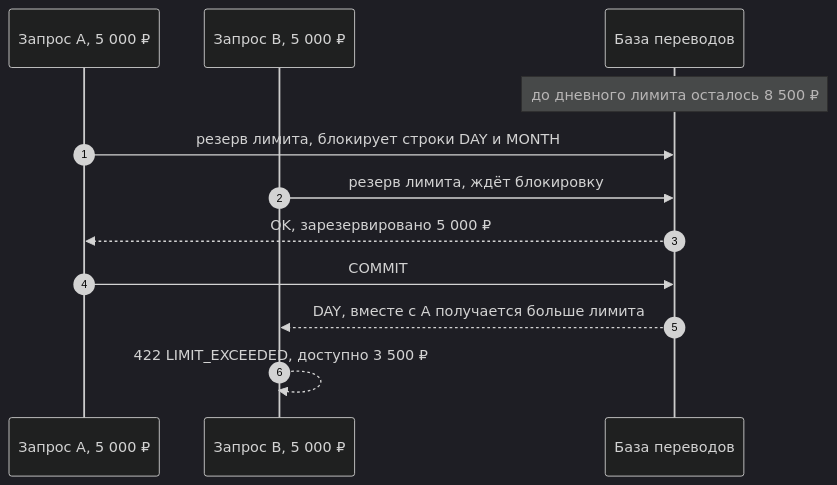
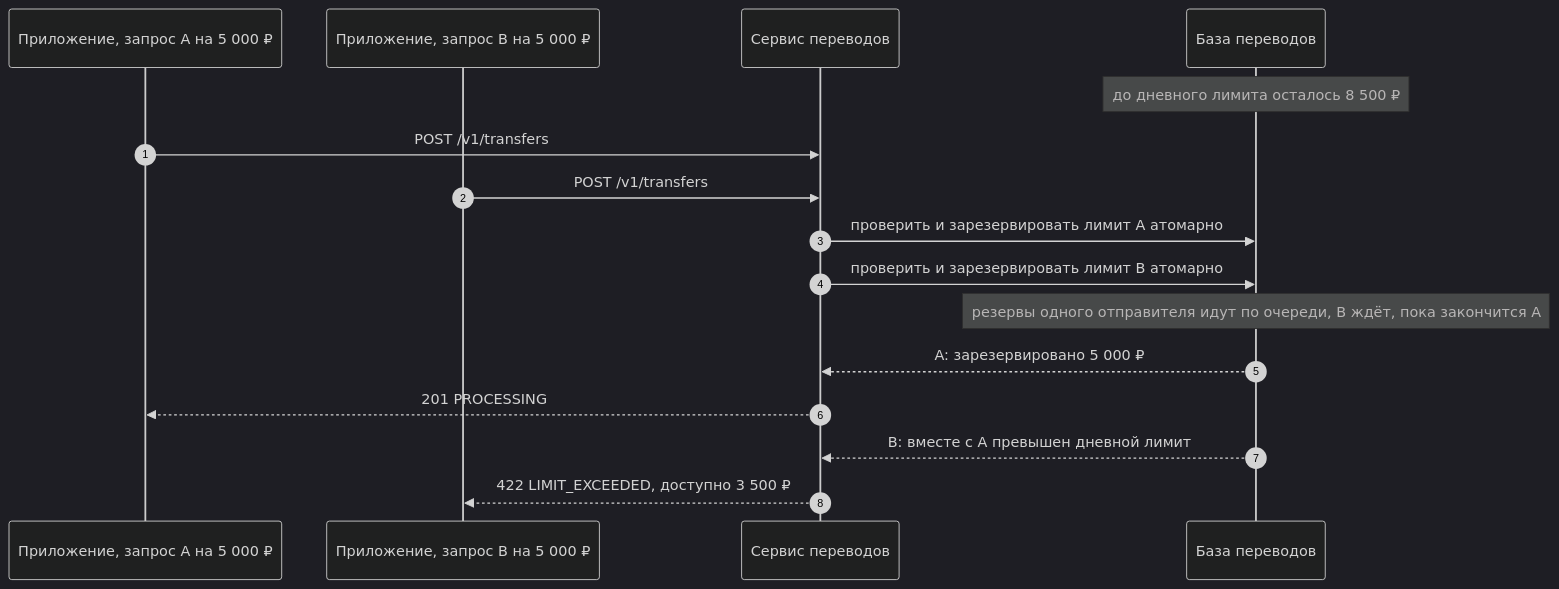
The third of 7 diagrams in docs/design/sequences.md (KORTEZZ12/phone-transfers), drawn with Mermaid (dark theme) before and after one commit. The commit also changed other lines of this file and 9 other files, not shown here.

````diff
--- a/docs/design/sequences.md
+++ b/docs/design/sequences.md
@@ -90,14 +90,18 @@
 ```mermaid
 sequenceDiagram
   autonumber
-  participant A as Запрос A, 5 000 ₽
-  participant B as Запрос B, 5 000 ₽
+  participant A as Приложение, запрос A на 5 000 ₽
+  participant B as Приложение, запрос B на 5 000 ₽
+  participant TS as Сервис переводов
   participant DB as База переводов
   Note over DB: до дневного лимита осталось 8 500 ₽
-  A->>DB: резерв лимита, блокирует строки DAY и MONTH
-  B->>DB: резерв лимита, ждёт блокировку
-  DB-->>A: OK, зарезервировано 5 000 ₽
-  A->>DB: COMMIT
-  DB-->>B: DAY, вместе с A получается больше лимита
-  B-->>B: 422 LIMIT_EXCEEDED, доступно 3 500 ₽
+  A->>TS: POST /v1/transfers
+  B->>TS: POST /v1/transfers
+  TS->>DB: проверить и зарезервировать лимит A атомарно
+  TS->>DB: проверить и зарезервировать лимит B атомарно
+  Note over DB: резервы одного отправителя идут по очереди, B ждёт, пока закончится A
+  DB-->>TS: A: зарезервировано 5 000 ₽
+  TS-->>A: 201 PROCESSING
+  DB-->>TS: B: вместе с A превышен дневной лимит
+  TS-->>B: 422 LIMIT_EXCEEDED, доступно 3 500 ₽
 ```
````
